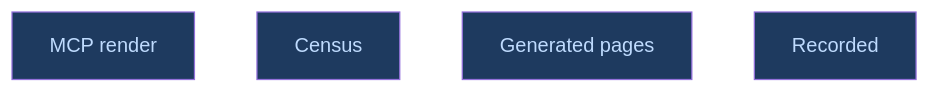
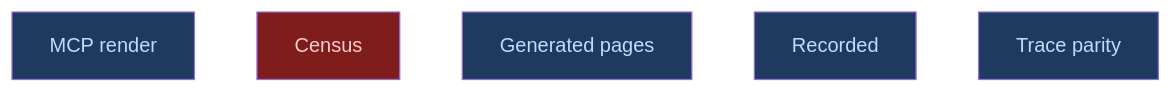
One commit to CrackingShells/Candler changed the diagram in __roadmap__/integrity/causes/checkpoint/snapshot/review/dogfood/parity/answered/README.md. Above: the diagram before and after it, drawn with Mermaid. The commit also changed other lines of this file and 10 other files, not shown here.

First line of the commit message:
rdm(api): amend M6c level 3 with one shape and trace parity

````diff
--- a/__roadmap__/integrity/causes/checkpoint/snapshot/review/dogfood/parity/answered/README.md
+++ b/__roadmap__/integrity/causes/checkpoint/snapshot/review/dogfood/parity/answered/README.md
@@ -16,12 +16,13 @@
 ```mermaid
 graph TD
     mcp_render[MCP render]:::amendment
-    census[Census]:::amendment
+    census[Census]:::blocked
     pages[Generated pages]:::amendment
     recorded[Recorded]:::amendment
+    trace_parity[Trace parity]:::amendment
     classDef done       fill:#166534,color:#bbf7d0
     classDef inprogress fill:#854d0e,color:#fef08a
     classDef planned    fill:#374151,color:#e5e7eb
     classDef amendment  fill:#1e3a5f,color:#bfdbfe
     classDef blocked    fill:#7f1d1d,color:#fecaca
 ```
````
